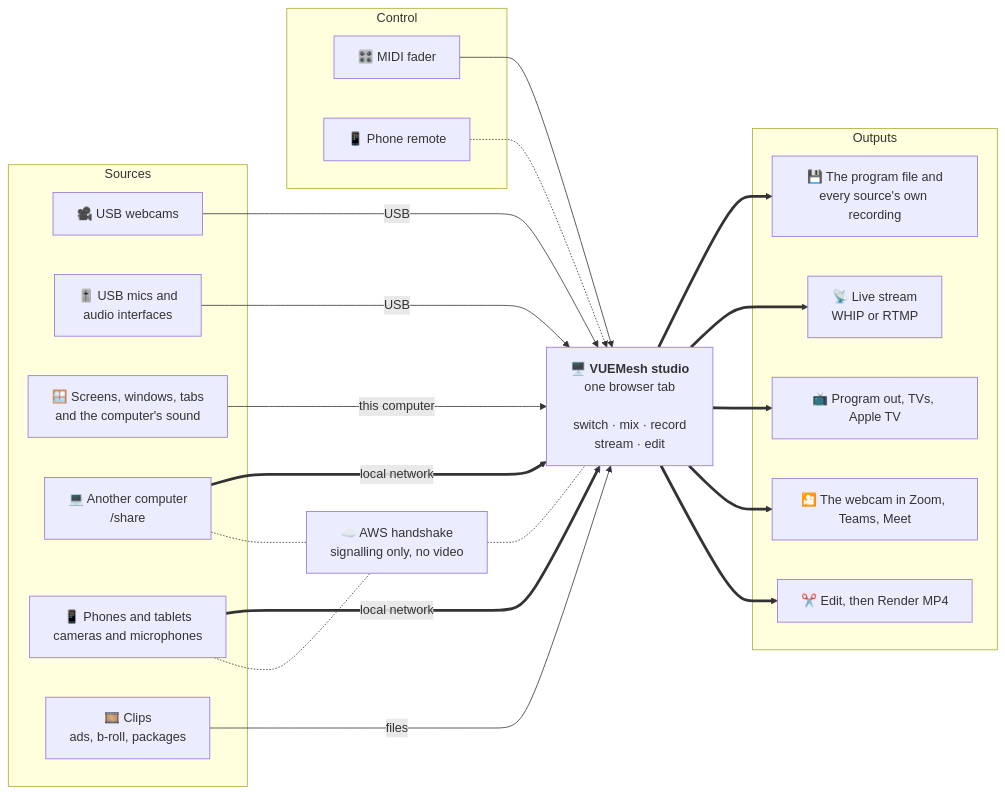
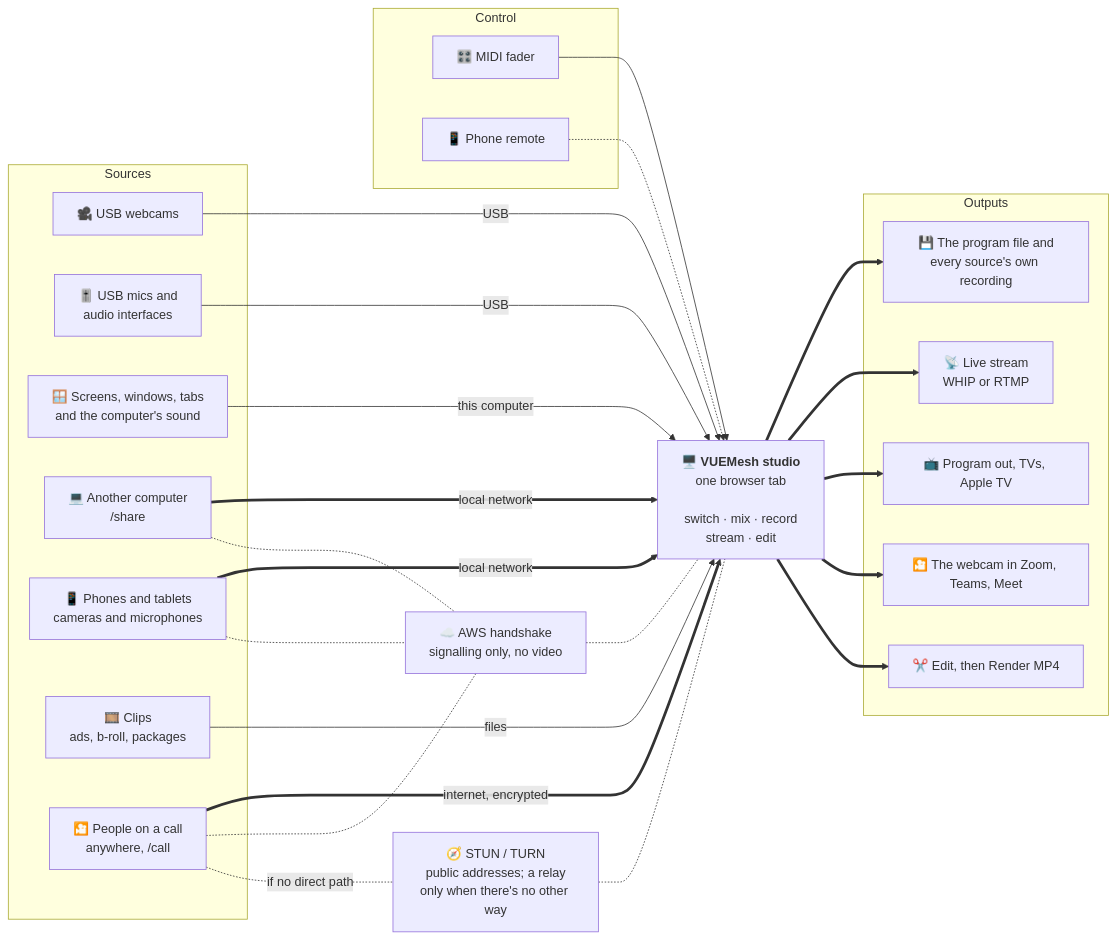
Before and after one commit to jtalbott22/vuemesh: the first of 4 diagrams in README.md, drawn with Mermaid. The commit also changed other lines of this file, not shown here.

First line of the commit message:
README: ICE, STUN and the TURN relay in How it works and its diagrams; calls (0.76.2)

````diff
--- a/README.md
+++ b/README.md
@@ -226,45 +236,51 @@
 ```mermaid
 flowchart LR
   subgraph In["Sources"]
     USBc["🎥 USB webcams"]
     USBa["🎚️ USB mics and<br/>audio interfaces"]
     Scr["🪟 Screens, windows, tabs<br/>and the computer's sound"]
     Share["💻 Another computer<br/>/share"]
     Cams["📱 Phones and tablets<br/>cameras and microphones"]
     Clips["🎞️ Clips<br/>ads, b-roll, packages"]
+    Guests["🎦 People on a call<br/>anywhere, /call"]
   end
 
   Cloud["☁️ AWS handshake<br/>signalling only, no video"]
+  Ice["🧭 STUN / TURN<br/>public addresses; a relay<br/>only when there's no other way"]
 
   Studio["🖥️ <b>VUEMesh studio</b><br/>one browser tab<br/><br/>switch · mix · record<br/>stream · edit"]
 
   subgraph Ctl["Control"]
     Midi["🎛️ MIDI fader"]
     Remote["📱 Phone remote"]
   end
 
   subgraph Outs["Outputs"]
     Rec["💾 The program file and<br/>every source's own recording"]
     Stream["📡 Live stream<br/>WHIP or RTMP"]
     Screens["📺 Program out, TVs, Apple TV"]
     Call["🎦 The webcam in Zoom, Teams, Meet"]
     Edit["✂️ Edit, then Render MP4"]
   end
 
   USBc -- "USB" --> Studio
   USBa -- "USB" --> Studio
   Scr -- "this computer" --> Studio
   Share == "local network" ==> Studio
   Cams == "local network" ==> Studio
   Clips -- "files" --> Studio
+  Guests == "internet, encrypted" ==> Studio
   Share -.- Cloud
   Cams -.- Cloud
+  Guests -.- Cloud
   Cloud -.- Studio
+  Guests -. "if no direct path" .- Ice
+  Ice -.- Studio
   Midi --> Studio
   Remote -.-> Studio
   Studio ==> Rec
   Studio ==> Stream
   Studio ==> Screens
   Studio ==> Call
   Studio ==> Edit
 ```
````
